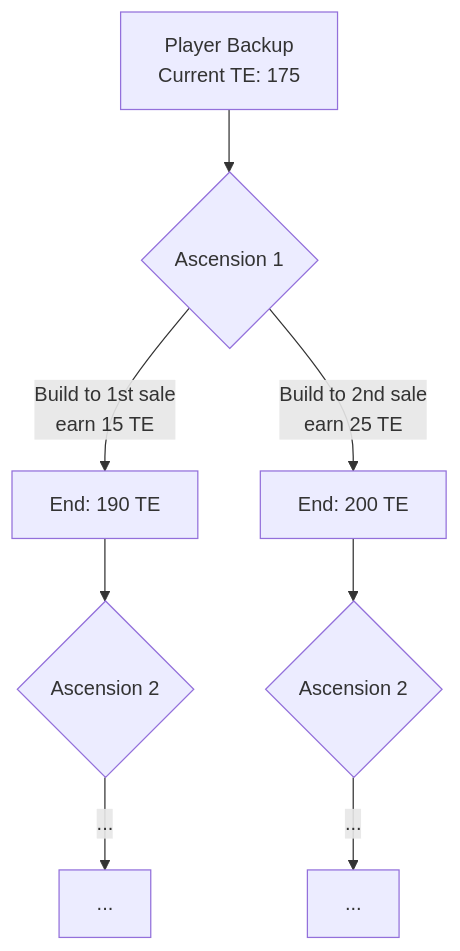
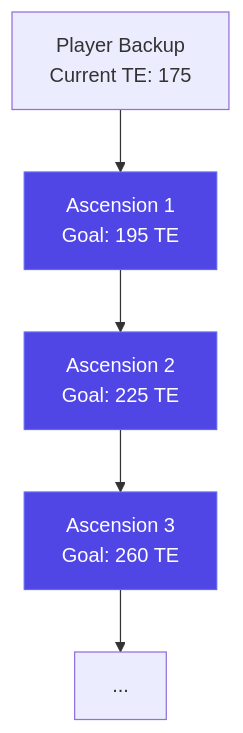
One commit to carpetsage/egg changed the diagram in wasmegg/ascension-planner/src/auto/PLAN.md. Above: the diagram before and after it, drawn with Mermaid. The commit also changed other lines of this file and 20 other files, not shown here.

````diff
--- a/wasmegg/ascension-planner/src/auto/PLAN.md
+++ b/wasmegg/ascension-planner/src/auto/PLAN.md
@@ -7,10 +7,11 @@
 ```mermaid
 flowchart TD
-    A["Player Backup<br>Current TE: 175"] --> B{Ascension 1}
-    B -->|"Build to 1st sale<br>earn 15 TE"| C1["End: 190 TE"]
-    B -->|"Build to 2nd sale<br>earn 25 TE"| C2["End: 200 TE"]
-    C1 --> D1{Ascension 2}
-    C2 --> D2{Ascension 2}
-    D1 -->|"..."| E1["..."]
-    D2 -->|"..."| E2["..."]
+    A["Player Backup<br>Current TE: 175"] --> B["Ascension 1<br>Goal: 195 TE"]
+    B --> C["Ascension 2<br>Goal: 225 TE"]
+    C --> D["Ascension 3<br>Goal: 260 TE"]
+    D --> E["..."]
+    
+    style B fill:#4f46e5,stroke:#6366f1,color:#fff
+    style C fill:#4f46e5,stroke:#6366f1,color:#fff
+    style D fill:#4f46e5,stroke:#6366f1,color:#fff
 ```
````
